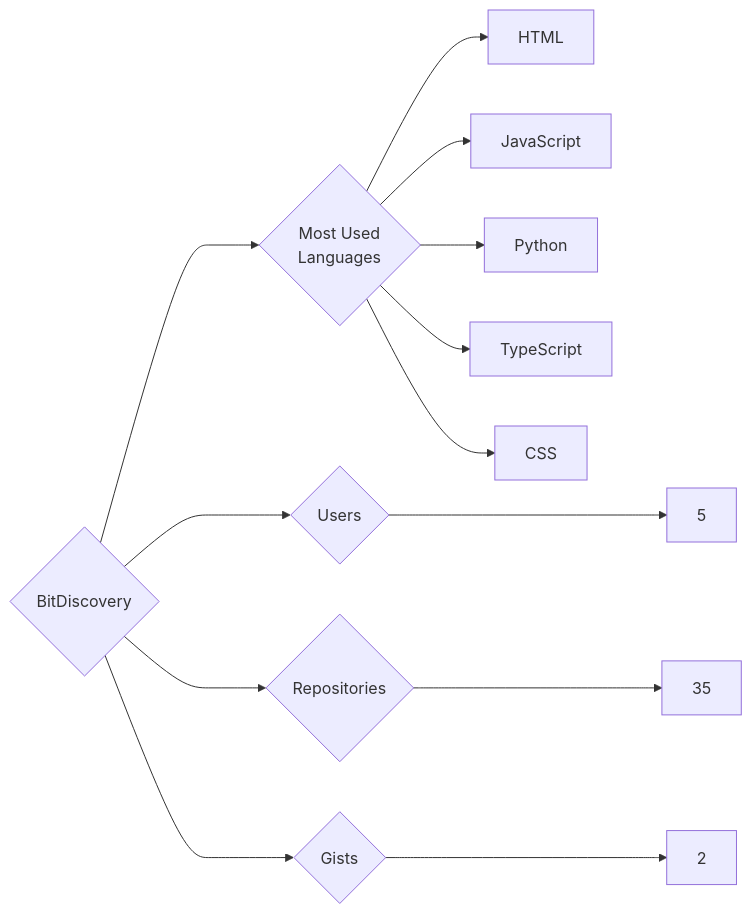
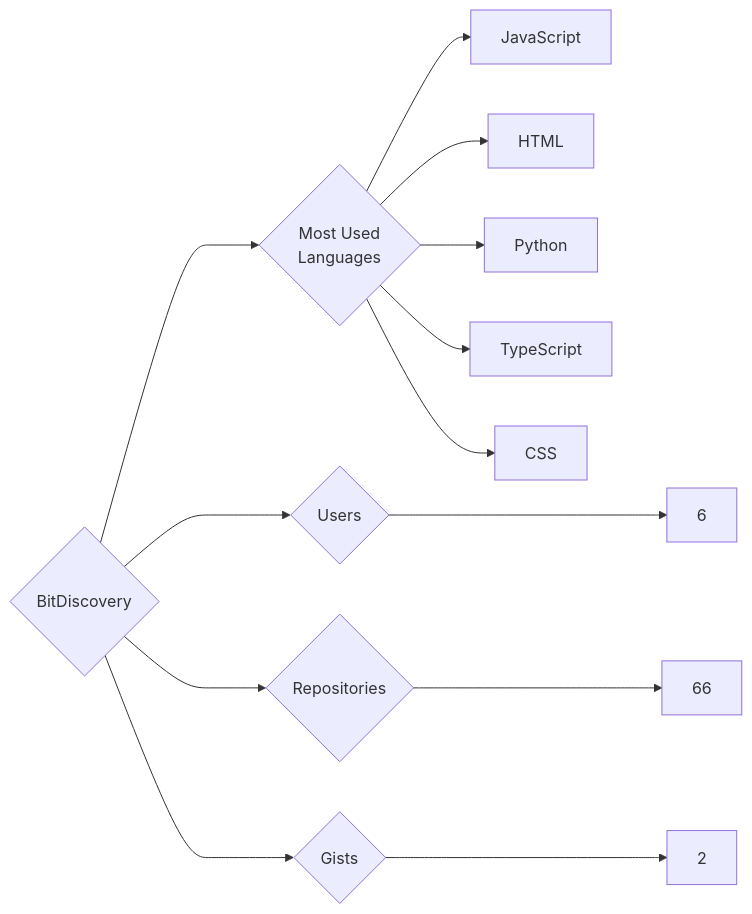
One commit to trickest/insiders changed the diagram in targets/BitDiscovery/README.md. Above: the diagram before and after it, drawn with Mermaid. The commit also changed 1149 other files, not shown here.

````diff
--- a/targets/BitDiscovery/README.md
+++ b/targets/BitDiscovery/README.md
@@ -3,13 +3,13 @@
 ```mermaid
 graph LR
 COMPANY_NAME{BitDiscovery}
-COMPANY_NAME ---> U{Users} ---> UN[5]
-COMPANY_NAME ---> R{Repositories} ---> RN[35]
+COMPANY_NAME ---> U{Users} ---> UN[6]
+COMPANY_NAME ---> R{Repositories} ---> RN[66]
 COMPANY_NAME ---> G{Gists} ---> GN[2]
 COMPANY_NAME ---> ML{Most Used<br>Languages}
+ML --> JavaScript[JavaScript]
 ML --> HTML[HTML]
-ML --> JavaScript[JavaScript]
 ML --> Python[Python]
 ML --> TypeScript[TypeScript]
 ML --> CSS[CSS]
 ```
````
